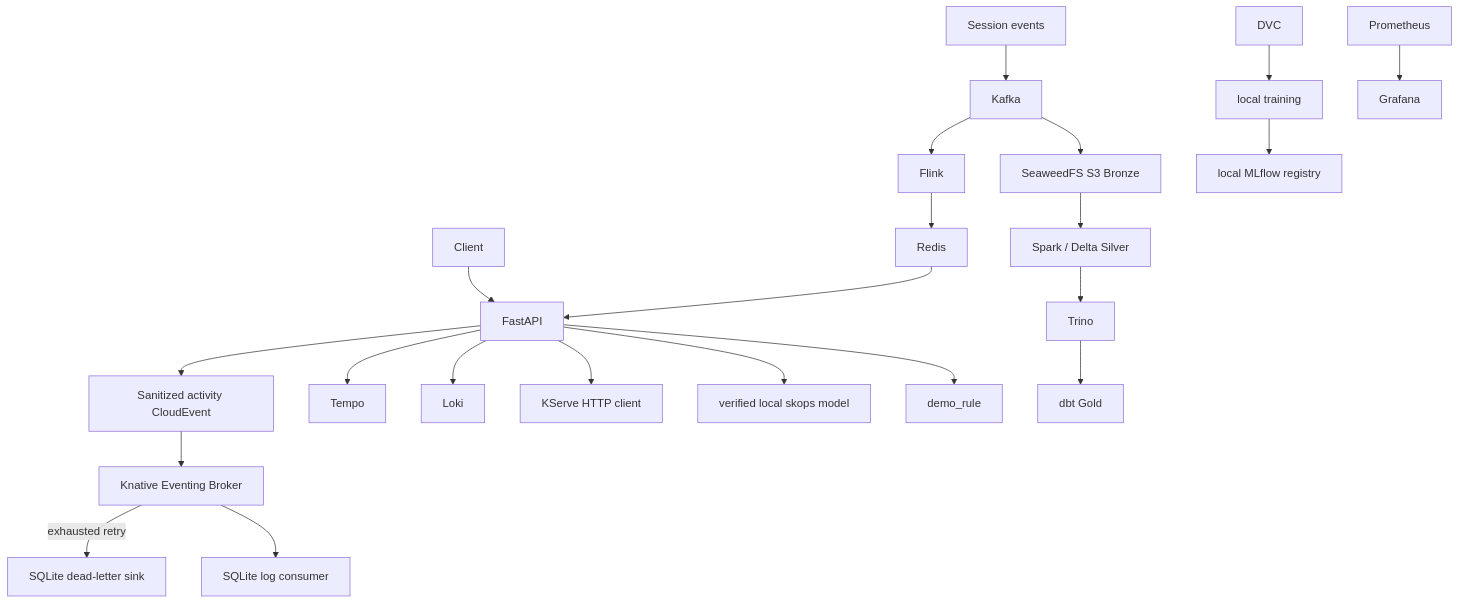
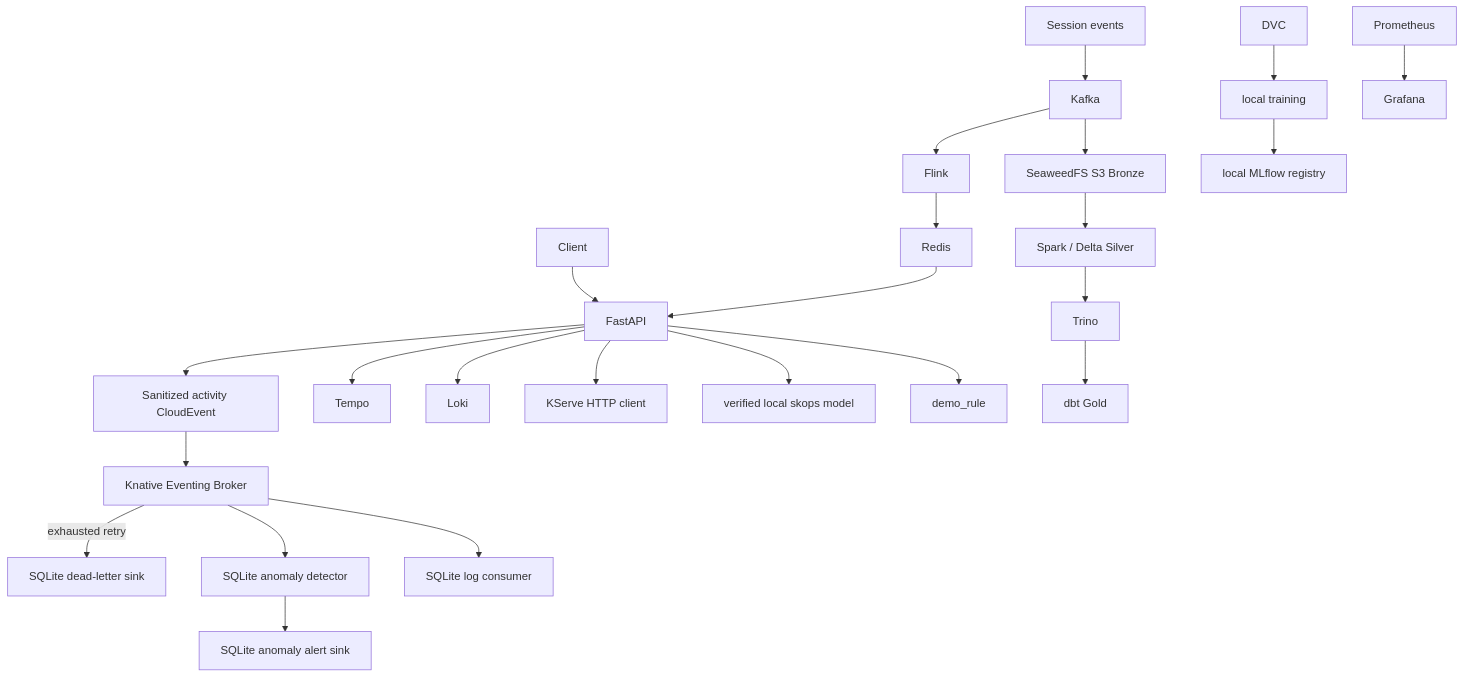
One commit to nhatminh06/personal-cognitive-load-monitor changed the diagram in docs/architecture.md. Above: the diagram before and after it, drawn with Mermaid. The commit also changed other lines of this file and 17 other files, not shown here.

````diff
--- a/docs/architecture.md
+++ b/docs/architecture.md
@@ -5,22 +5,24 @@
 ```mermaid
 flowchart TB
     Client --> API[FastAPI]
     API --> Rule[demo_rule]
     API --> Local[verified local skops model]
     API --> KClient[KServe HTTP client]
     Events[Session events] --> Kafka
     Kafka --> Bronze[SeaweedFS S3 Bronze]
     Bronze --> Spark[Spark / Delta Silver]
     Spark --> Trino --> DBT[dbt Gold]
     Kafka --> Flink --> Redis
     Redis --> API
     DVC --> Train[local training]
     Train --> MLflow[local MLflow registry]
     Prom[Prometheus] --> Grafana
     API --> Loki
     API --> Tempo
     API --> Activity[Sanitized activity CloudEvent]
     Activity --> Broker[Knative Eventing Broker]
     Broker --> EventLog[SQLite log consumer]
+    Broker --> Detector[SQLite anomaly detector]
+    Detector --> AlertSink[SQLite anomaly alert sink]
     Broker -->|exhausted retry| EventDLQ[SQLite dead-letter sink]
 ```
````
